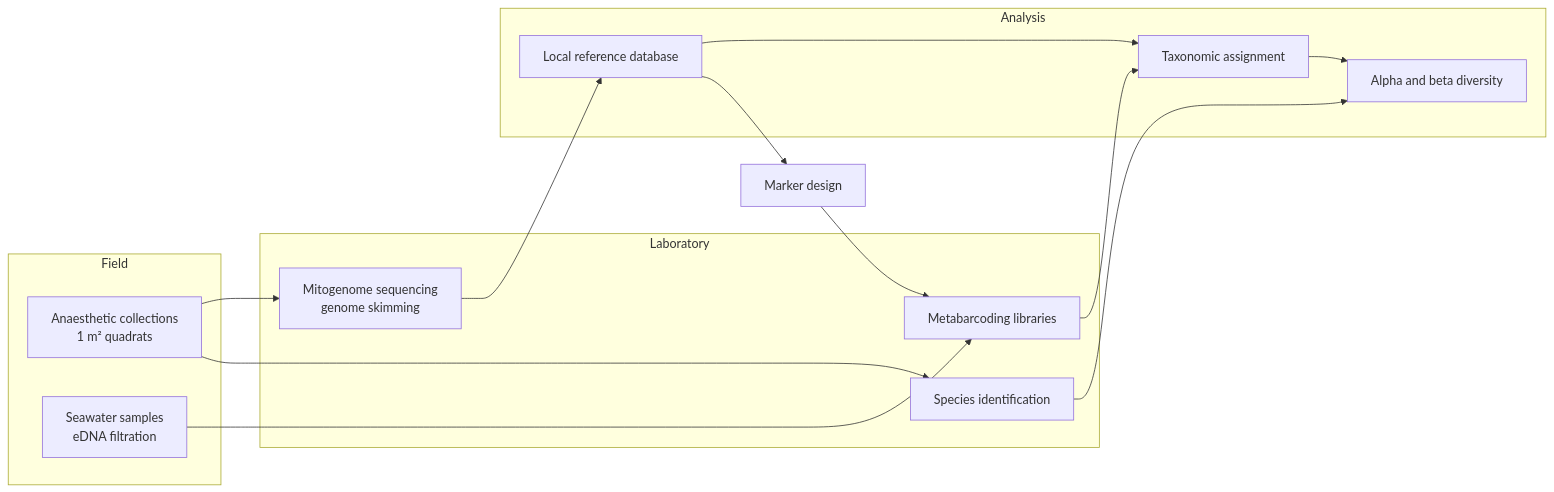
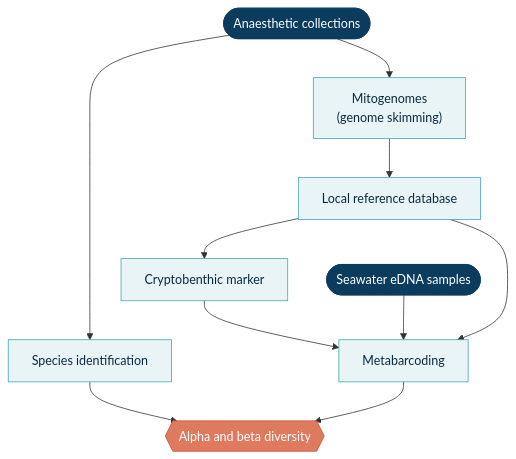
One commit to taniavaldiviac/cryptobenthic-gulf-genomics changed the diagram in README.md. Above: the diagram before and after it, drawn with Mermaid. The commit also changed other lines of this file, not shown here.

Commit message:
Restyle workflow diagram and repository map

````diff
--- a/README.md
+++ b/README.md
@@ -49,22 +49,22 @@
 ```mermaid
-flowchart LR
-    subgraph Field
-        A[Anaesthetic collections<br/>1 m² quadrats] 
-        B[Seawater samples<br/>eDNA filtration]
-    end
-    subgraph Laboratory
-        C[Species identification]
-        D[Mitogenome sequencing<br/>genome skimming]
-        E[Metabarcoding libraries]
-    end
-    subgraph Analysis
-        F[Local reference database]
-        G[Taxonomic assignment]
-        H[Alpha and beta diversity]
-    end
-    A --> C --> H
-    A --> D --> F
-    F --> M[Marker design] --> E
-    B --> E --> G
-    F --> G --> H
+flowchart TB
+    A(["Anaesthetic collections"]):::field
+    B(["Seawater eDNA samples"]):::field
+    C["Species identification"]:::lab
+    D["Mitogenomes<br/>(genome skimming)"]:::lab
+    F["Local reference database"]:::lab
+    M["Cryptobenthic marker"]:::lab
+    E["Metabarcoding"]:::lab
+    H{{"Alpha and beta diversity"}}:::out
+
+    A --> C
+    A --> D --> F --> M --> E
+    B --> E
+    F --> E
+    C --> H
+    E --> H
+
+    classDef field fill:#0b3c5d,stroke:#0b3c5d,color:#ffffff
+    classDef lab fill:#e8f4f6,stroke:#3fa7b5,color:#0a2a43
+    classDef out fill:#e07a5f,stroke:#c8553d,color:#ffffff
 ```
````
